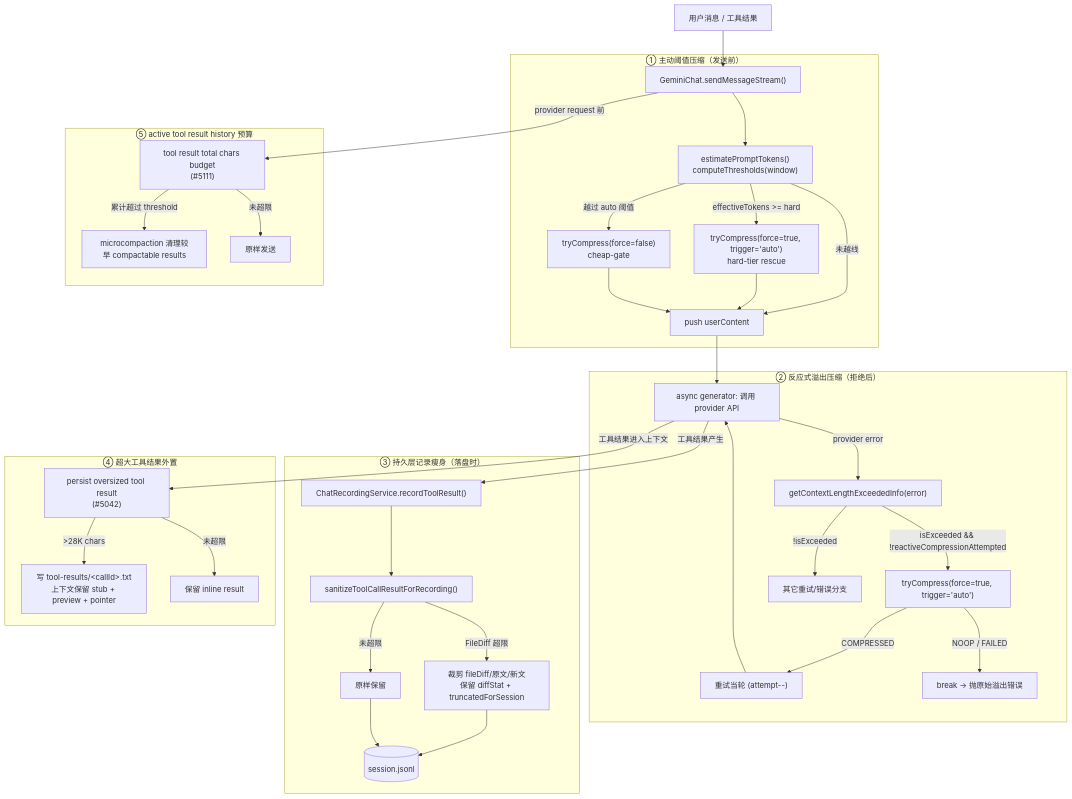
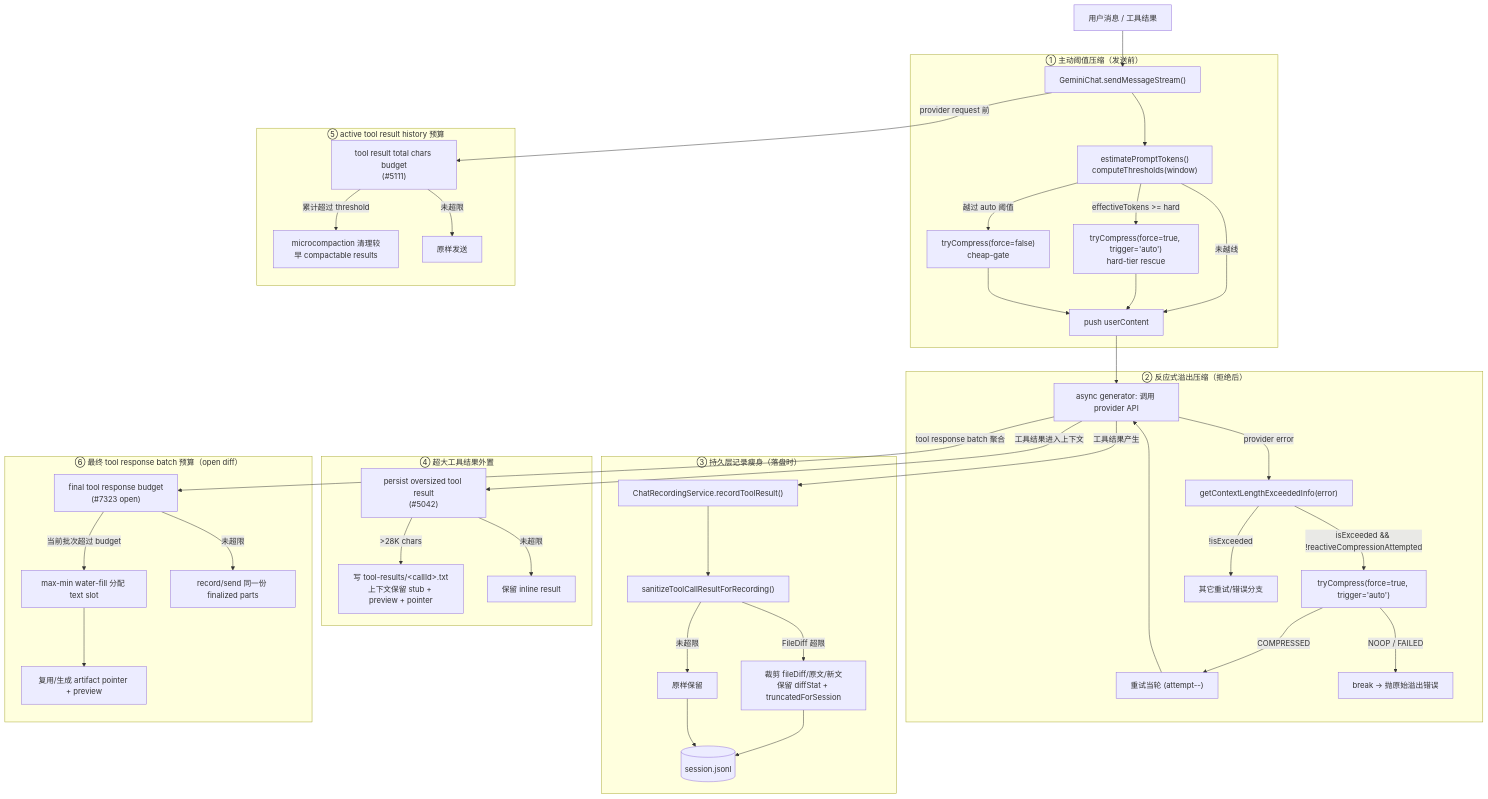
The first of 4 diagrams in qwen-code/feature/context-compression.md (doudouOUC/code_agent), drawn with Mermaid before and after one commit. The commit also changed other lines of this file and 21 other files, not shown here.

````diff
--- a/qwen-code/feature/context-compression.md
+++ b/qwen-code/feature/context-compression.md
@@ -58,46 +60,53 @@
 ```mermaid
 flowchart TD
     U[用户消息 / 工具结果] --> SMS["GeminiChat.sendMessageStream()"]
 
     subgraph L1["① 主动阈值压缩（发送前）"]
         SMS --> EST["estimatePromptTokens()<br/>computeThresholds(window)"]
         EST -->|effectiveTokens >= hard| HARD["tryCompress(force=true, trigger='auto')<br/>hard-tier rescue"]
         EST -->|越过 auto 阈值| TRY["tryCompress(force=false)<br/>cheap-gate"]
         EST -->|未越线| PUSH[push userContent]
         HARD --> PUSH
         TRY --> PUSH
     end
 
     PUSH --> GEN["async generator: 调用 provider API"]
 
     subgraph L2["② 反应式溢出压缩（拒绝后）"]
         GEN -->|provider error| CLS["getContextLengthExceededInfo(error)"]
         CLS -->|isExceeded && !reactiveCompressionAttempted| RC["tryCompress(force=true, trigger='auto')"]
         RC -->|COMPRESSED| RETRY["重试当轮 (attempt--)"]
         RC -->|NOOP / FAILED| BREAK["break → 抛原始溢出错误"]
         RETRY --> GEN
         CLS -->|!isExceeded| OTHER[其它重试/错误分支]
     end
 
     GEN -->|工具结果产生| REC["ChatRecordingService.recordToolResult()"]
     GEN -->|工具结果进入上下文| BIG["persist oversized tool result<br/>(#5042)"]
     SMS -->|provider request 前| BUDGET["tool result total chars budget<br/>(#5111)"]
+    GEN -->|tool response batch 聚合| FINAL["final tool response budget<br/>(#7323 open)"]
 
     subgraph L3["③ 持久层记录瘦身（落盘时）"]
         REC --> SAN["sanitizeToolCallResultForRecording()"]
         SAN -->|FileDiff 超限| TRUNC["裁剪 fileDiff/原文/新文<br/>保留 diffStat + truncatedForSession"]
         SAN -->|未超限| KEEP[原样保留]
         TRUNC --> JSONL[(session.jsonl)]
         KEEP --> JSONL
     end
 
     subgraph L4["④ 超大工具结果外置"]
         BIG -->|>28K chars| PERSIST["写 tool-results/&lt;callId&gt;.txt<br/>上下文保留 stub + preview + pointer"]
         BIG -->|未超限| INLINE[保留 inline result]
     end
 
     subgraph L5["⑤ active tool result history 预算"]
         BUDGET -->|累计超过 threshold| MICRO["microcompaction 清理较早 compactable results"]
         BUDGET -->|未超限| ASIS[原样发送]
     end
+
+    subgraph L6["⑥ 最终 tool response batch 预算（open diff）"]
+        FINAL -->|当前批次超过 budget| WATER["max-min water-fill 分配 text slot"]
+        WATER --> ART["复用/生成 artifact pointer + preview"]
+        FINAL -->|未超限| FINALKEEP[record/send 同一份 finalized parts]
+    end
 ```
````
